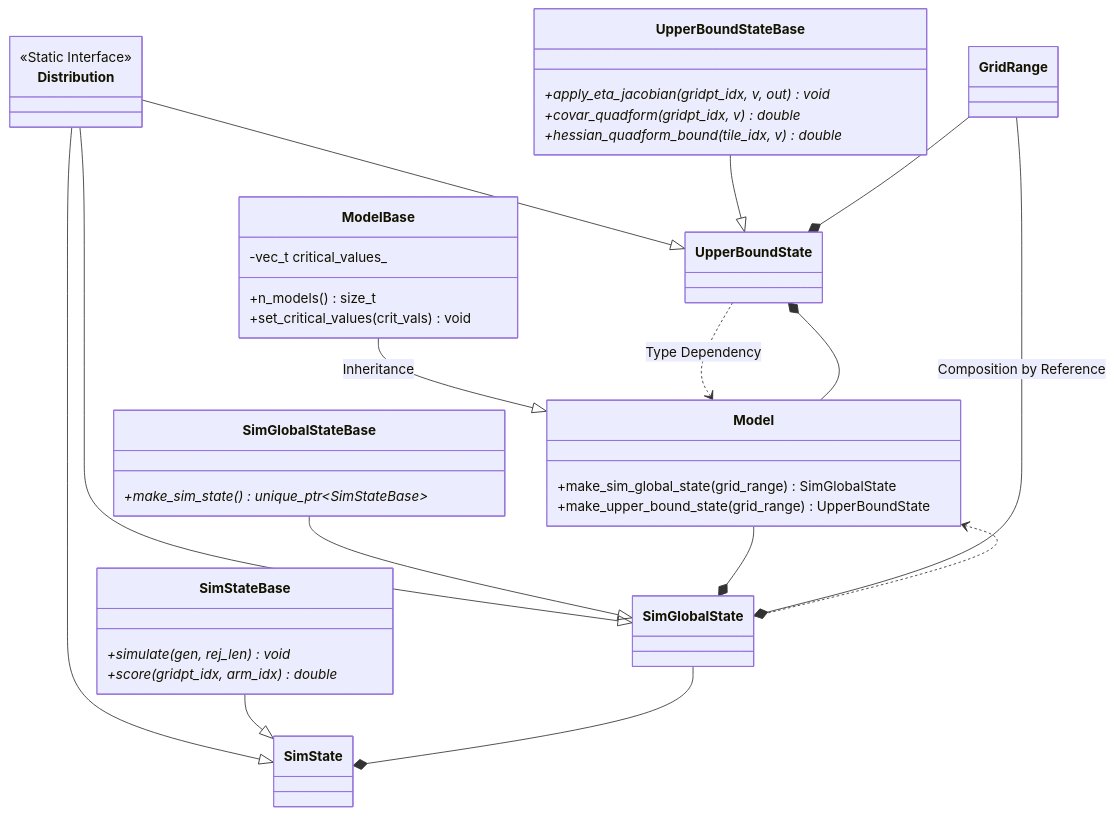
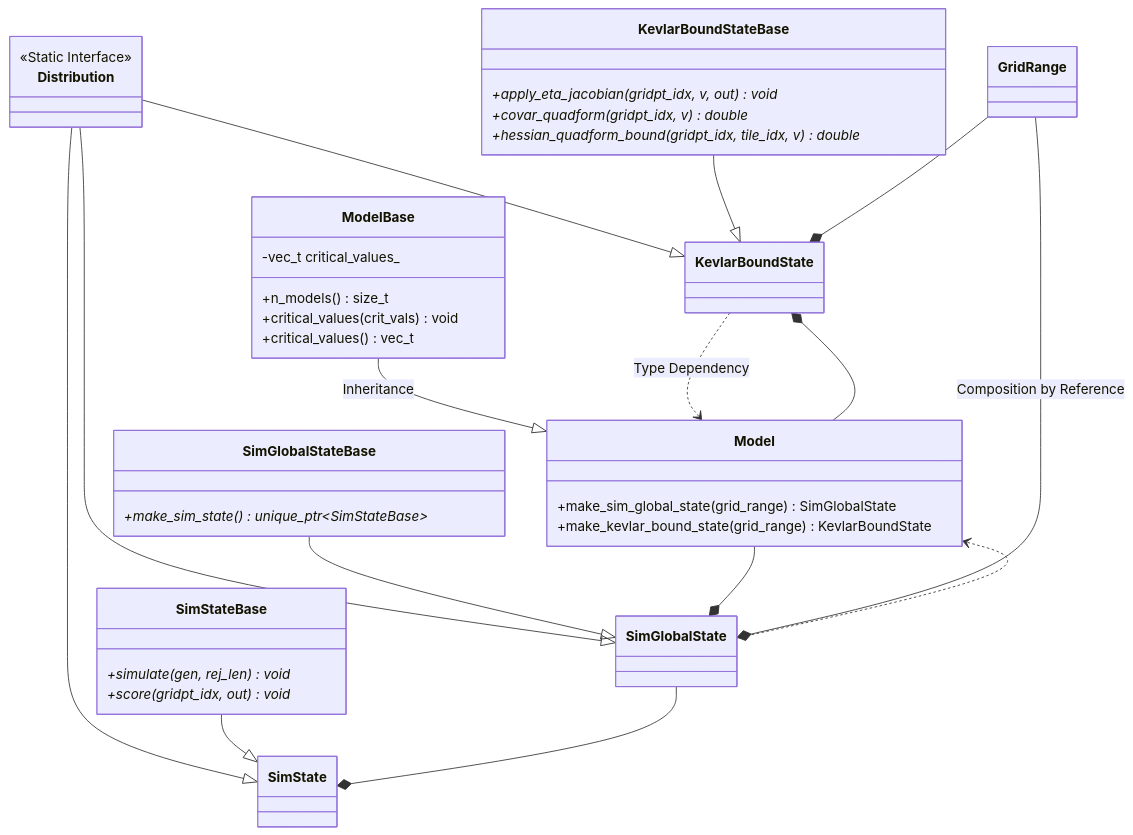
Before and after one commit to Confirm-Solutions/imprint: the fourth of 4 diagrams in docs/design/model/model.md, drawn with Mermaid. The commit also changed other lines of this file and 11 other files, not shown here.

````diff
--- a/docs/design/model/model.md
+++ b/docs/design/model/model.md
@@ -236,63 +229,64 @@
 ```mermaid
 classDiagram
 
 class Distribution {
     <<Static Interface>>
 }
 
 class GridRange
 
 class ModelBase {
     -vec_t critical_values_
     +n_models() size_t
-    +set_critical_values(crit_vals) void
+    +critical_values(crit_vals) void
+    +critical_values() vec_t
 }
 
 class Model {
     +make_sim_global_state(grid_range) SimGlobalState
-    +make_upper_bound_state(grid_range) UpperBoundState
+    +make_kevlar_bound_state(grid_range) KevlarBoundState
 }
 
 class SimGlobalStateBase {
     +make_sim_state()* unique_ptr~SimStateBase~
 }
 
 class SimGlobalState
 
 class SimStateBase {
     +simulate(gen, rej_len)* void
-    +score(gridpt_idx, arm_idx)* double
+    +score(gridpt_idx, out)* void
 }
 
 class SimState
 
-class UpperBoundStateBase {
+class KevlarBoundStateBase {
     +apply_eta_jacobian(gridpt_idx, v, out)* void
     +covar_quadform(gridpt_idx, v)* double
-    +hessian_quadform_bound(tile_idx, v)* double
+    +hessian_quadform_bound(gridpt_idx, tile_idx, v)* double
 }
 
-class UpperBoundState
+class KevlarBoundState
 
 %% Inheritance
-Distribution --|> UpperBoundState
+Distribution --|> KevlarBoundState
 Distribution --|> SimGlobalState
 Distribution --|> SimState
 ModelBase --|> Model : Inheritance
 SimStateBase --|> SimState
-UpperBoundStateBase --|> UpperBoundState
+KevlarBoundStateBase --|> KevlarBoundState
 SimGlobalStateBase --|> SimGlobalState
 
 %% Composition (up to reference)
 Model --* SimGlobalState
 GridRange --* SimGlobalState : Composition by Reference
 
 SimGlobalState --* SimState
 
-Model --* UpperBoundState
-GridRange --* UpperBoundState
+Model --* KevlarBoundState
+GridRange --* KevlarBoundState
 
 %% Type Dependency
 SimGlobalState ..> Model
-UpperBoundState ..> Model: Type Dependency
+KevlarBoundState ..> Model: Type Dependency
 ```
````
